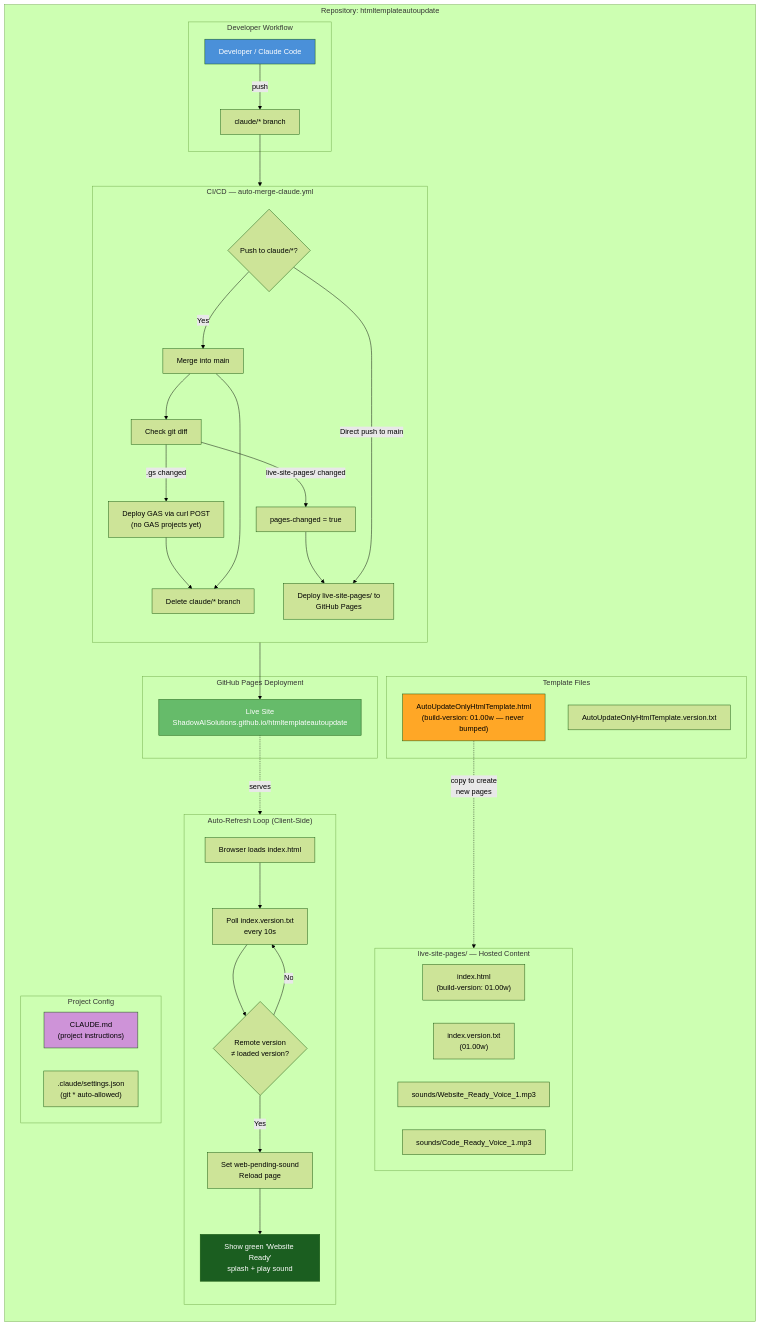
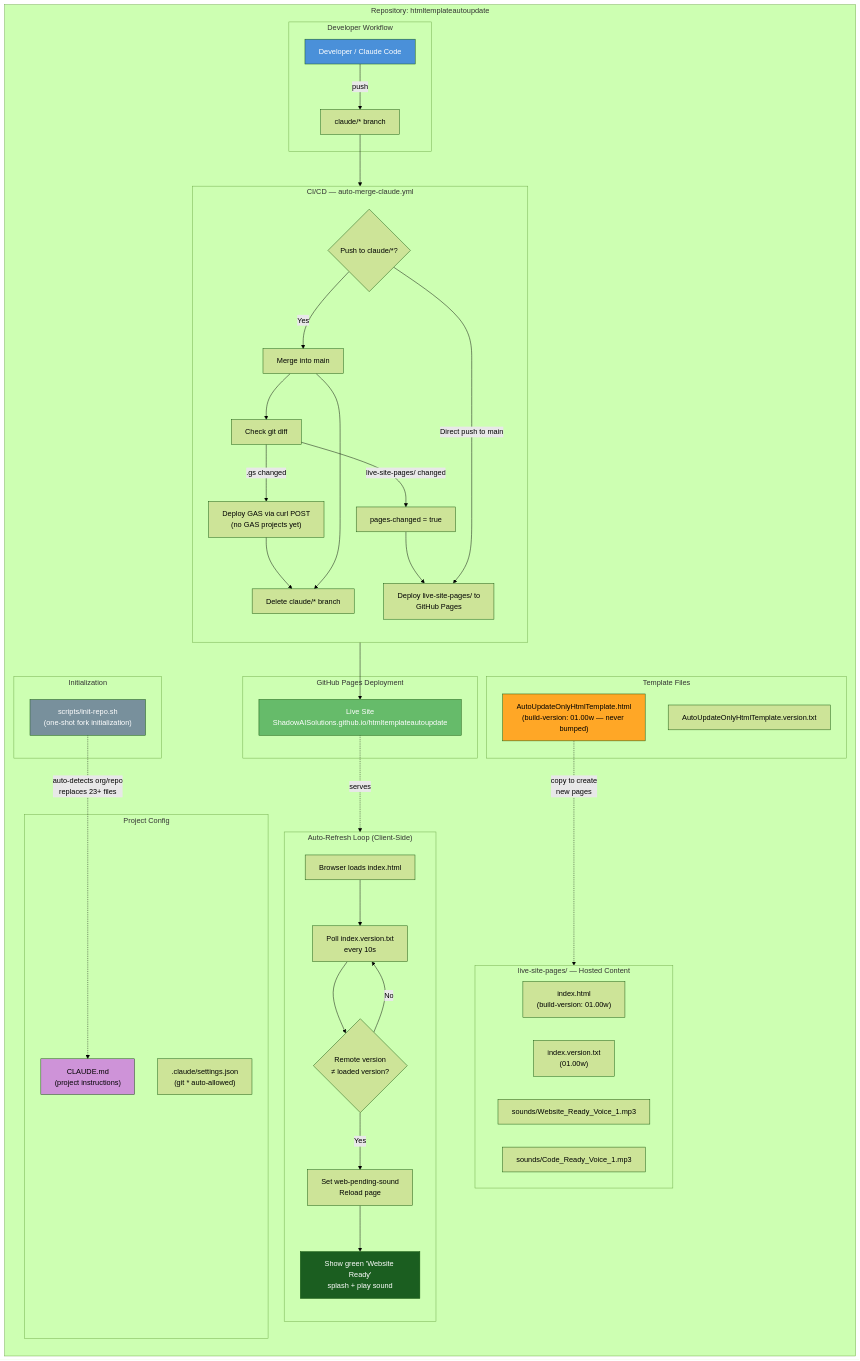
One commit to ShadowAISolutions/htmltemplateautoupdate changed the diagram in repository-information/ARCHITECTURE.md. Above: the diagram before and after it, drawn with Mermaid (forest theme). The commit also changed 3 other files, not shown here.

First line of the commit message:
Add centralized init script for fork initialization

````diff
--- a/repository-information/ARCHITECTURE.md
+++ b/repository-information/ARCHITECTURE.md
@@ -3,73 +3,79 @@
 ```mermaid
 graph TB
     subgraph "Repository: htmltemplateautoupdate"
         direction TB
 
         subgraph "Developer Workflow"
             DEV["Developer / Claude Code"]
             CB["claude/* branch"]
             DEV -->|"push"| CB
         end
 
         subgraph "CI/CD — auto-merge-claude.yml"
             direction TB
             TRIGGER{"Push to claude/*?"}
             CB --> TRIGGER
             TRIGGER -->|Yes| MERGE["Merge into main"]
             MERGE --> DIFF["Check git diff"]
             DIFF -->|"live-site-pages/ changed"| PAGES_FLAG["pages-changed = true"]
             DIFF -->|".gs changed"| GAS_DEPLOY["Deploy GAS via curl POST\n(no GAS projects yet)"]
             GAS_DEPLOY --> DELETE_BR
             MERGE --> DELETE_BR["Delete claude/* branch"]
             PAGES_FLAG --> DEPLOY_PAGES
             TRIGGER -->|"Direct push to main"| DEPLOY_PAGES
         end
 
         subgraph "GitHub Pages Deployment"
             DEPLOY_PAGES["Deploy live-site-pages/ to\nGitHub Pages"]
             LIVE["Live Site\nShadowAISolutions.github.io/htmltemplateautoupdate"]
             DEPLOY_PAGES --> LIVE
         end
 
         subgraph "live-site-pages/ — Hosted Content"
             direction LR
             INDEX["index.html\n(build-version: 01.00w)"]
             VERTXT["index.version.txt\n(01.00w)"]
             SND1["sounds/Website_Ready_Voice_1.mp3"]
             SND2["sounds/Code_Ready_Voice_1.mp3"]
         end
 
         subgraph "Auto-Refresh Loop (Client-Side)"
             direction TB
             BROWSER["Browser loads index.html"]
             POLL["Poll index.version.txt\nevery 10s"]
             COMPARE{"Remote version\n≠ loaded version?"}
             RELOAD["Set web-pending-sound\nReload page"]
             SPLASH["Show green 'Website Ready'\nsplash + play sound"]
             BROWSER --> POLL
             POLL --> COMPARE
             COMPARE -->|Yes| RELOAD
             RELOAD --> SPLASH
             COMPARE -->|No| POLL
         end
 
         subgraph "Template Files"
             TPL["AutoUpdateOnlyHtmlTemplate.html\n(build-version: 01.00w — never bumped)"]
             TPL_VER["AutoUpdateOnlyHtmlTemplate.version.txt"]
         end
 
         subgraph "Project Config"
             CLAUDE_MD["CLAUDE.md\n(project instructions)"]
             SETTINGS[".claude/settings.json\n(git * auto-allowed)"]
         end
+
+        subgraph "Initialization"
+            INIT_SCRIPT["scripts/init-repo.sh\n(one-shot fork initialization)"]
+            INIT_SCRIPT -.->|"auto-detects org/repo\nreplaces 23+ files"| CLAUDE_MD
+        end
     end
 
     TPL -.->|"copy to create\nnew pages"| INDEX
     LIVE -.->|"serves"| BROWSER
 
     style DEV fill:#4a90d9,color:#fff
     style LIVE fill:#66bb6a,color:#fff
     style SPLASH fill:#1b5e20,color:#fff
     style TPL fill:#ffa726,color:#000
     style CLAUDE_MD fill:#ce93d8,color:#000
+    style INIT_SCRIPT fill:#78909c,color:#fff
 ```
````
